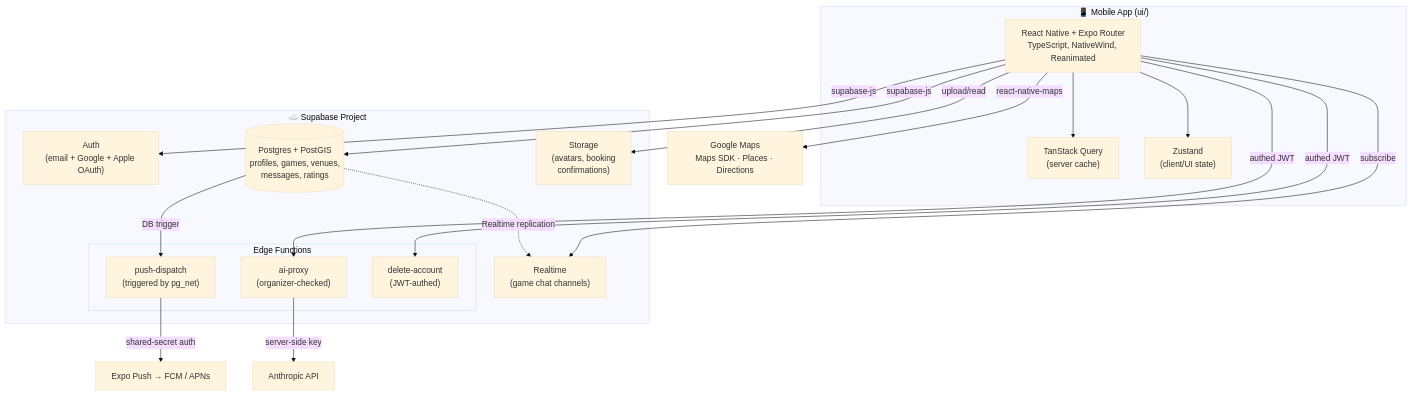
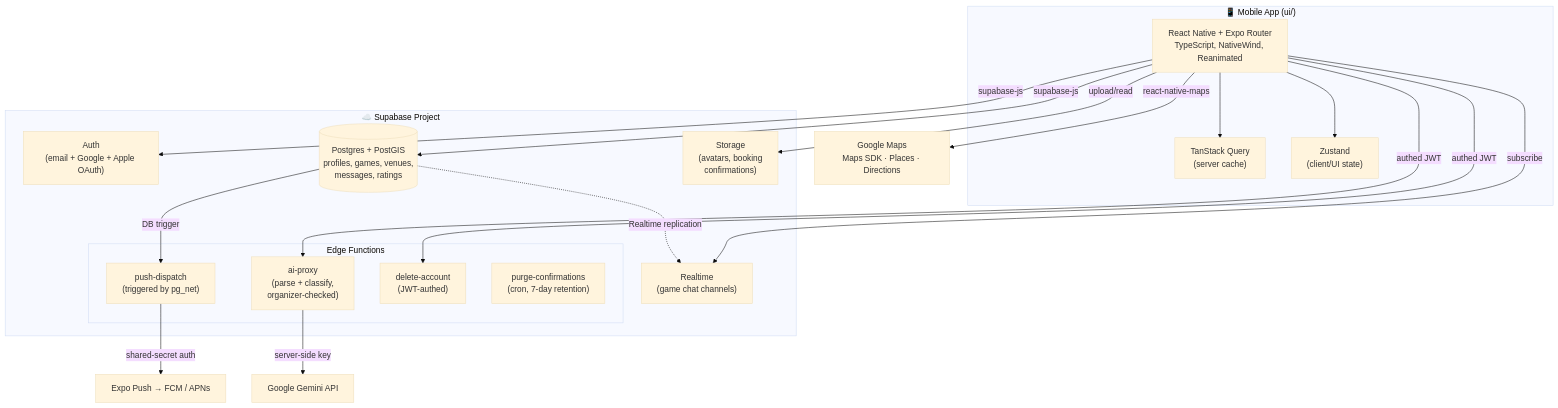
One commit to smashioapp/smashio-app changed the diagram in README.md. Above: the diagram before and after it, drawn with Mermaid (base theme). The commit also changed other lines of this file and 29 other files, not shown here.

````diff
--- a/README.md
+++ b/README.md
@@ -11,37 +12,38 @@
 ```mermaid
 flowchart TB
     subgraph Client["📱 Mobile App (ui/)"]
         RN["React Native + Expo Router\nTypeScript, NativeWind, Reanimated"]
         RQ["TanStack Query\n(server cache)"]
         ZU["Zustand\n(client/UI state)"]
     end
 
     subgraph Supabase["☁️ Supabase Project"]
         AUTH["Auth\n(email + Google + Apple OAuth)"]
         PG[("Postgres + PostGIS\nprofiles, games, venues,\nmessages, ratings")]
         RT["Realtime\n(game chat channels)"]
         ST["Storage\n(avatars, booking\nconfirmations)"]
         subgraph EdgeFn["Edge Functions"]
-            AIP["ai-proxy\n(organizer-checked)"]
+            AIP["ai-proxy\n(parse + classify,\norganizer-checked)"]
             PD["push-dispatch\n(triggered by pg_net)"]
             DEL["delete-account\n(JWT-authed)"]
+            PC["purge-confirmations\n(cron, 7-day retention)"]
         end
     end
 
-    ANTHROPIC["Anthropic API"]
+    GEMINI["Google Gemini API"]
     EXPUSH["Expo Push → FCM / APNs"]
     GMAPS["Google Maps\nMaps SDK · Places · Directions"]
 
     RN --> RQ & ZU
     RN -->|"supabase-js"| AUTH
     RN -->|"supabase-js"| PG
     RN -->|"subscribe"| RT
     RN -->|"upload/read"| ST
     RN -->|"authed JWT"| AIP
     RN -->|"authed JWT"| DEL
     RN -->|"react-native-maps"| GMAPS
-    AIP -->|"server-side key"| ANTHROPIC
+    AIP -->|"server-side key"| GEMINI
     PG -->|"DB trigger"| PD
     PD -->|"shared-secret auth"| EXPUSH
     PG -.->|"Realtime replication"| RT
 ```
````
